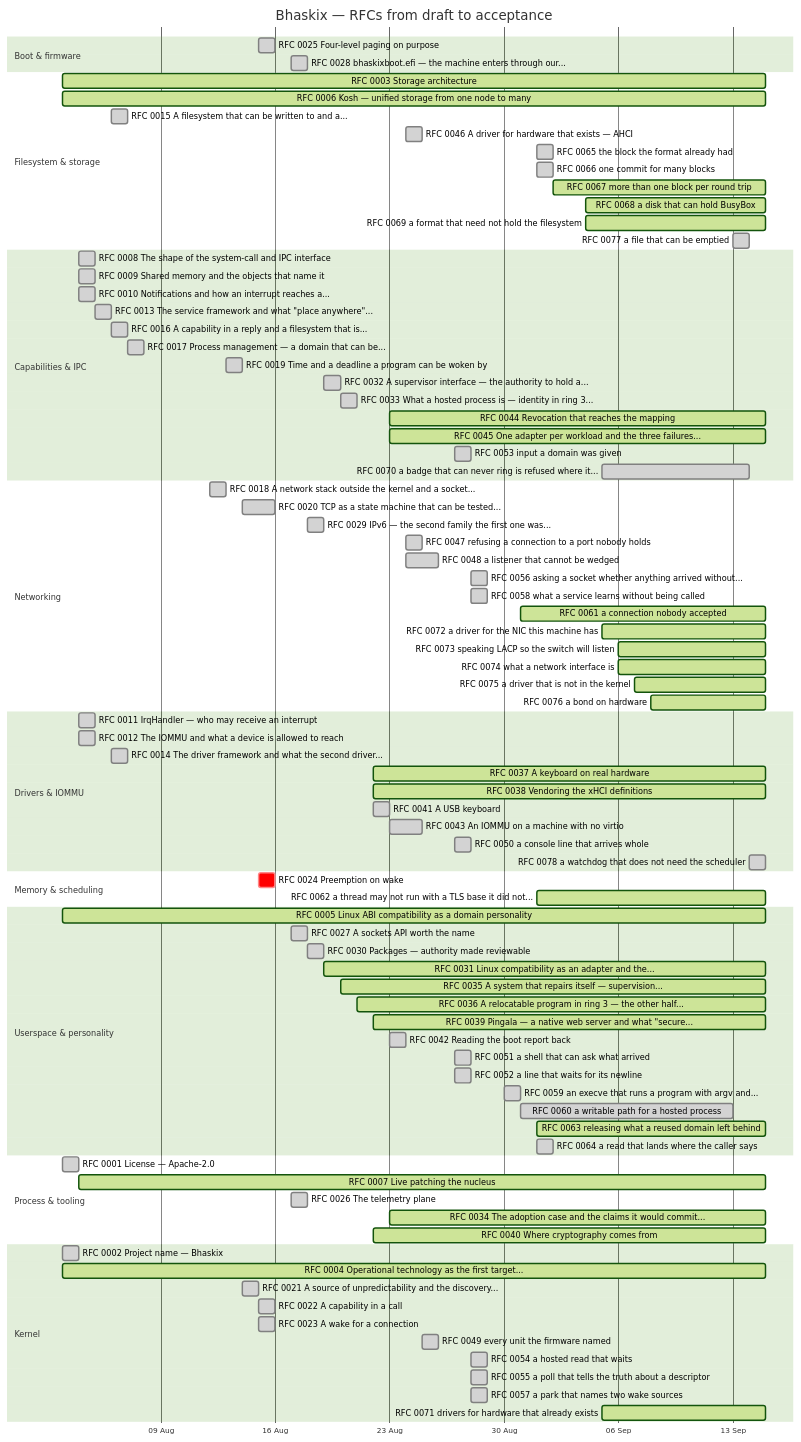
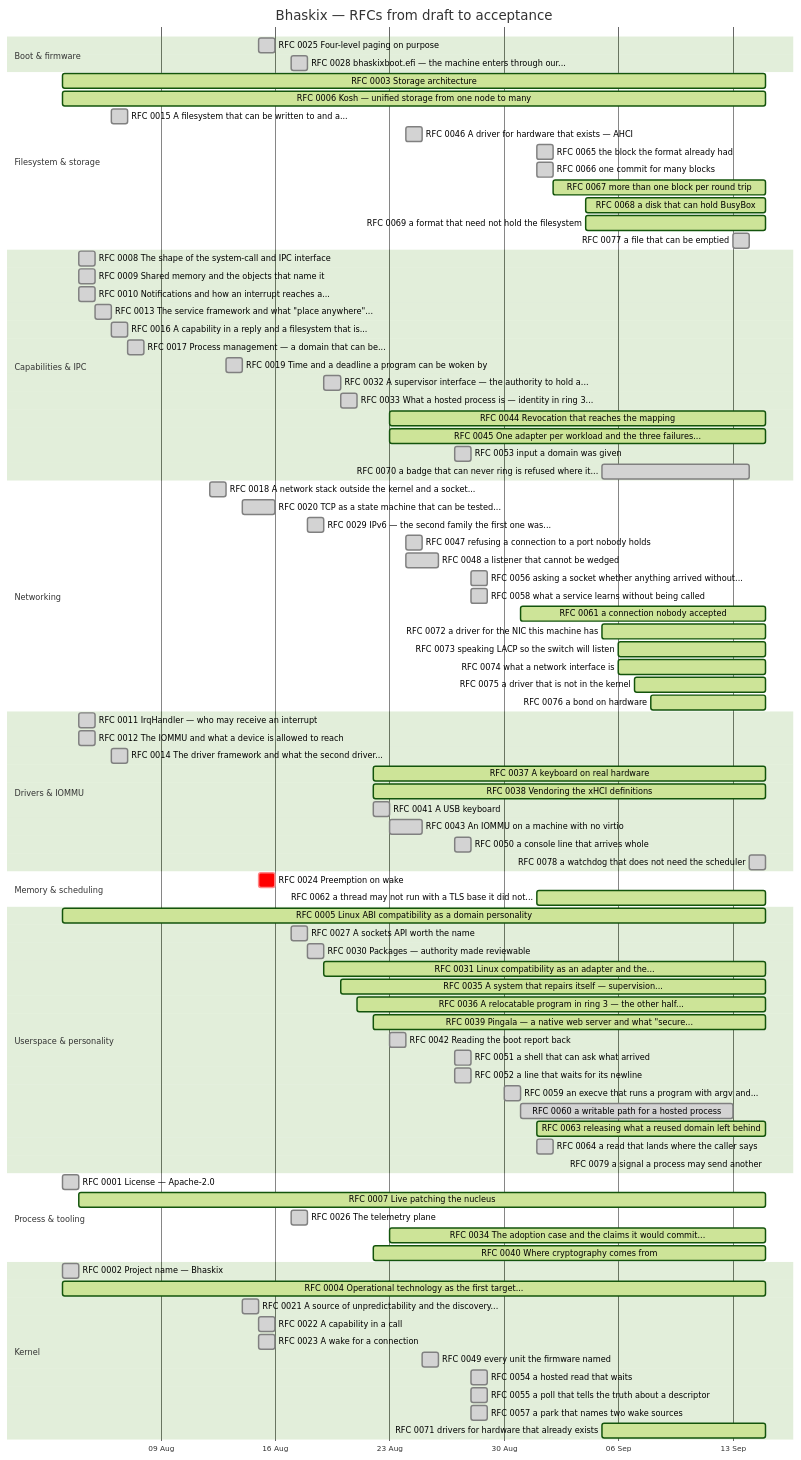
One commit to bhaskix/bhaskix changed the diagram in docs/progress.md. Above: the diagram before and after it, drawn with Mermaid (forest theme). The commit also changed other lines of this file and 1 other file, not shown here.

```diff
--- a/docs/progress.md
+++ b/docs/progress.md
@@ -97,6 +97,7 @@
     RFC 0060 a writable path for a hosted process :done, r0060, 2026-08-31, 2026-09-13
     RFC 0063 releasing what a reused domain left behind :active, r0063, 2026-09-01, 2026-09-15
     RFC 0064 a read that lands where the caller says :done, r0064, 2026-09-01, 1d
+    RFC 0079 a signal a process may send another :active, r0079, 2026-09-15, 2026-09-15
     section Process & tooling
     RFC 0001 License — Apache-2.0 :done, r0001, 2026-08-03, 1d
     RFC 0007 Live patching the nucleus :active, r0007, 2026-08-04, 2026-09-15
```
